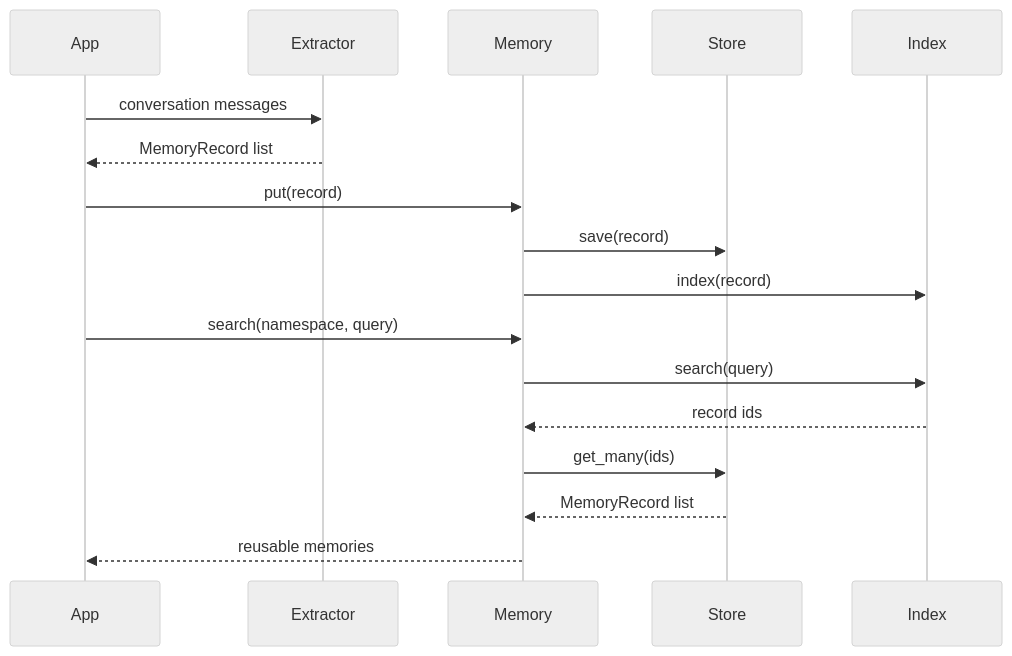
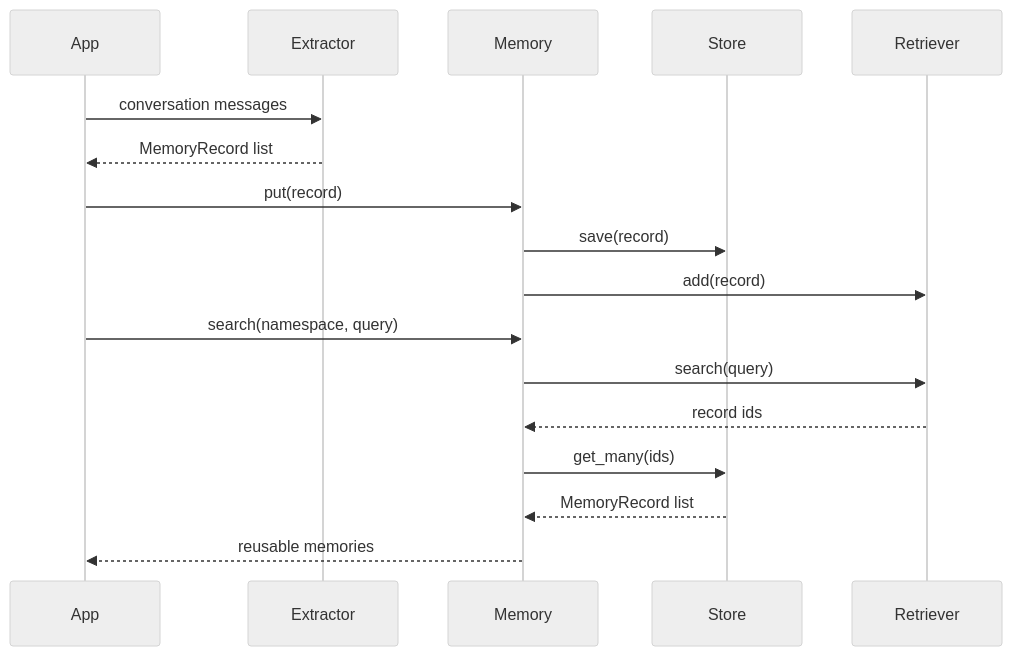
Before and after one commit to hluchetu/llm-memory-from-scratch-: the third of 4 diagrams in docs/long-term-memory.md, drawn with Mermaid (neutral theme). The commit also changed other lines of this file and 10 other files, not shown here.

Commit message:
Refactor long-term memory architecture

````diff
--- a/docs/long-term-memory.md
+++ b/docs/long-term-memory.md
@@ -590,20 +609,20 @@
 ```mermaid
 sequenceDiagram
     participant App
     participant Extractor
     participant Memory
     participant Store
-    participant Index
+    participant Retriever
 
     App->>Extractor: conversation messages
     Extractor-->>App: MemoryRecord list
     App->>Memory: put(record)
     Memory->>Store: save(record)
-    Memory->>Index: index(record)
+    Memory->>Retriever: add(record)
     App->>Memory: search(namespace, query)
-    Memory->>Index: search(query)
-    Index-->>Memory: record ids
+    Memory->>Retriever: search(query)
+    Retriever-->>Memory: record ids
     Memory->>Store: get_many(ids)
     Store-->>Memory: MemoryRecord list
     Memory-->>App: reusable memories
 ```
````
